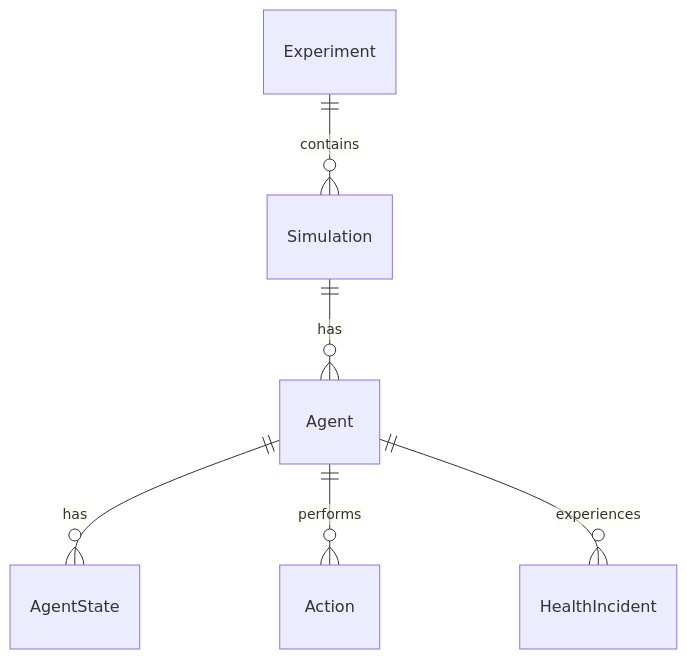
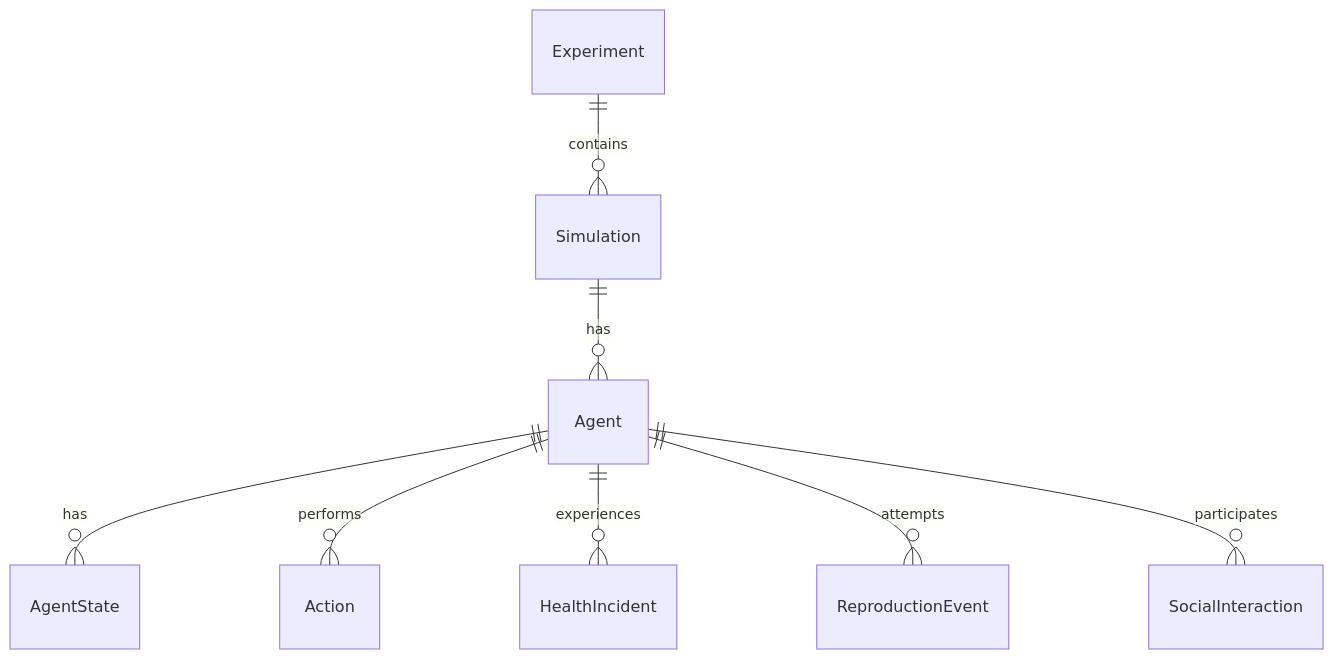
The second of 2 diagrams in docs/data/database_schema.md (Dooders/AgentFarm), drawn with Mermaid before and after one commit. The commit also changed other lines of this file and 13 other files, not shown here.

````diff
--- a/docs/data/database_schema.md
+++ b/docs/data/database_schema.md
@@ -88,8 +96,10 @@
 ```mermaid
 erDiagram
     Experiment ||--o{ Simulation : contains
     Simulation ||--o{ Agent : has
     Agent ||--o{ AgentState : has
     Agent ||--o{ Action : performs
     Agent ||--o{ HealthIncident : experiences
+    Agent ||--o{ ReproductionEvent : attempts
+    Agent ||--o{ SocialInteraction : participates
 ```
````
